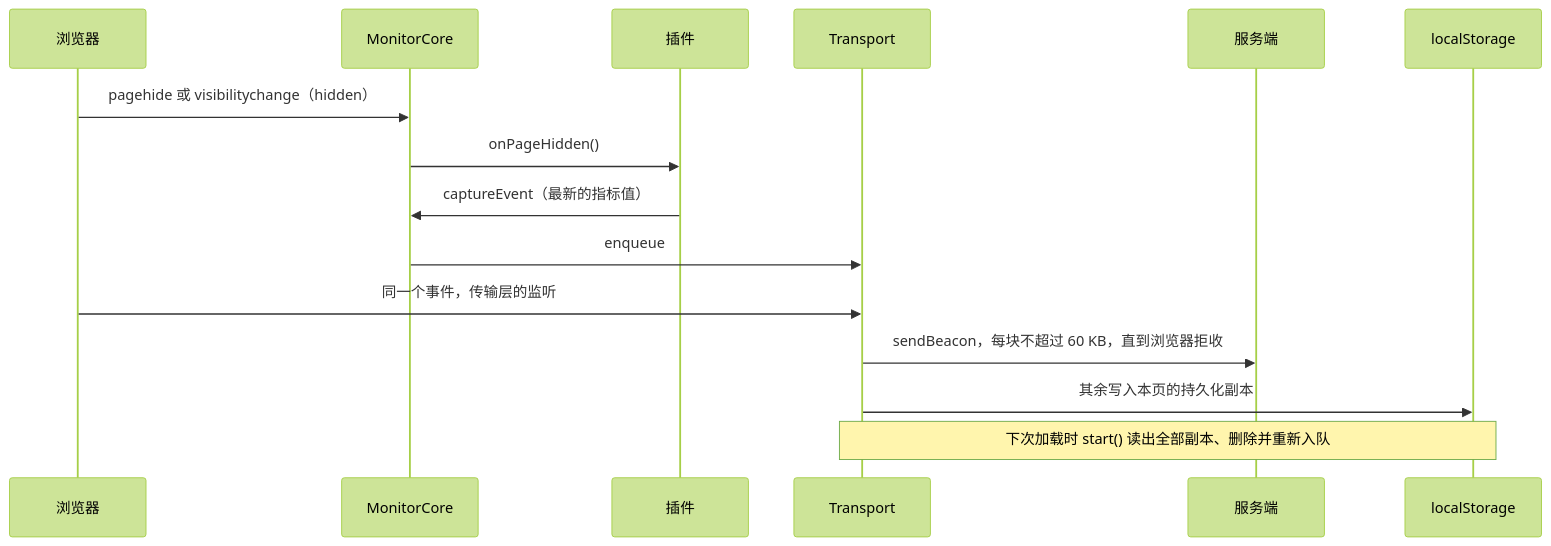
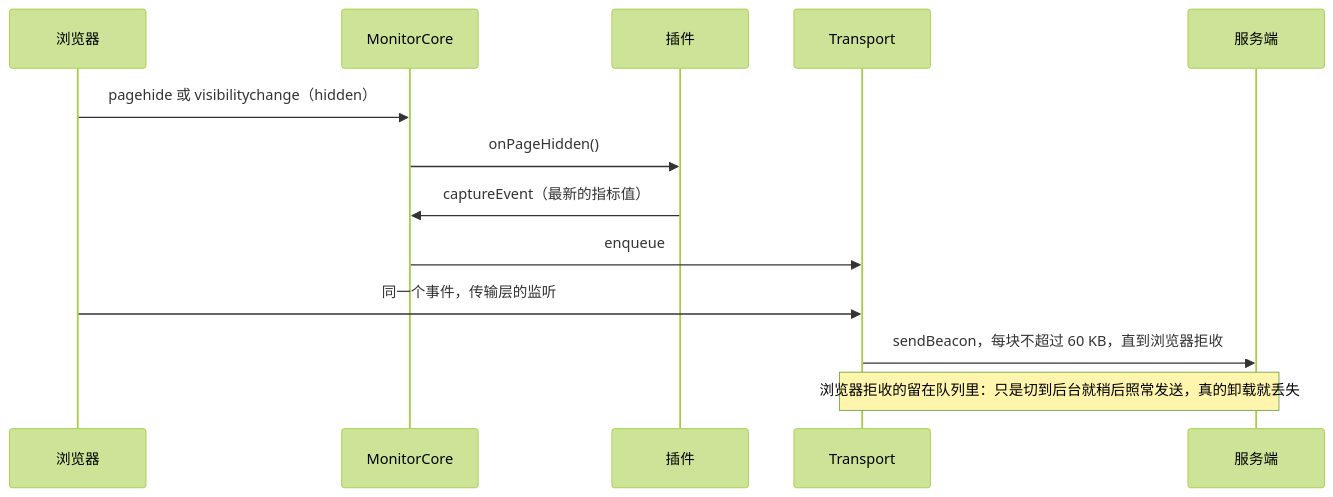
Before and after one commit to guiwzh/tracepilot: the third of 4 diagrams in docs/monitor-sdk.md, drawn with Mermaid (forest theme). The commit also changed other lines of this file and 14 other files, not shown here.

First line of the commit message:
refactor(sdk): 去掉 localStorage 保存事件；服务端故障或离线时，离开页面不再丢掉队列里的事件

````diff
--- a/docs/monitor-sdk.md
+++ b/docs/monitor-sdk.md
@@ -246,17 +243,15 @@
 ```mermaid
 sequenceDiagram
   participant B as 浏览器
   participant C as MonitorCore
   participant P as 插件
   participant T as Transport
   participant S as 服务端
-  participant L as localStorage
   B->>C: pagehide 或 visibilitychange（hidden）
   C->>P: onPageHidden()
   P->>C: captureEvent（最新的指标值）
   C->>T: enqueue
   B->>T: 同一个事件，传输层的监听
   T->>S: sendBeacon，每块不超过 60 KB，直到浏览器拒收
-  T->>L: 其余写入本页的持久化副本
-  Note over T,L: 下次加载时 start() 读出全部副本、删除并重新入队
+  Note over T,S: 浏览器拒收的留在队列里：只是切到后台就稍后照常发送，真的卸载就丢失
 ```
````
